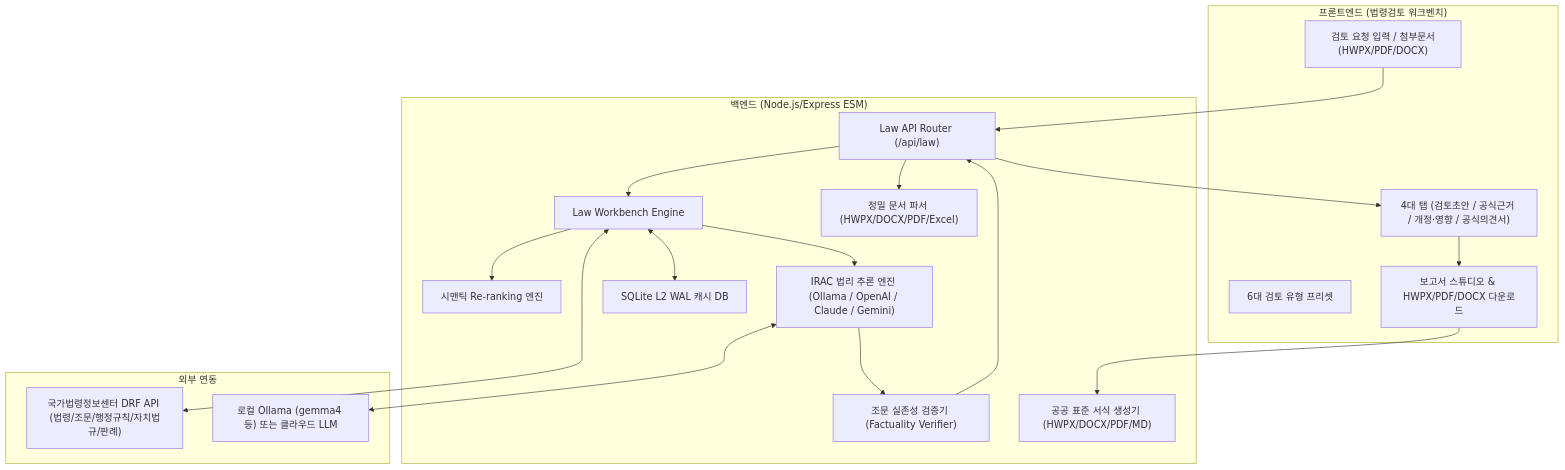
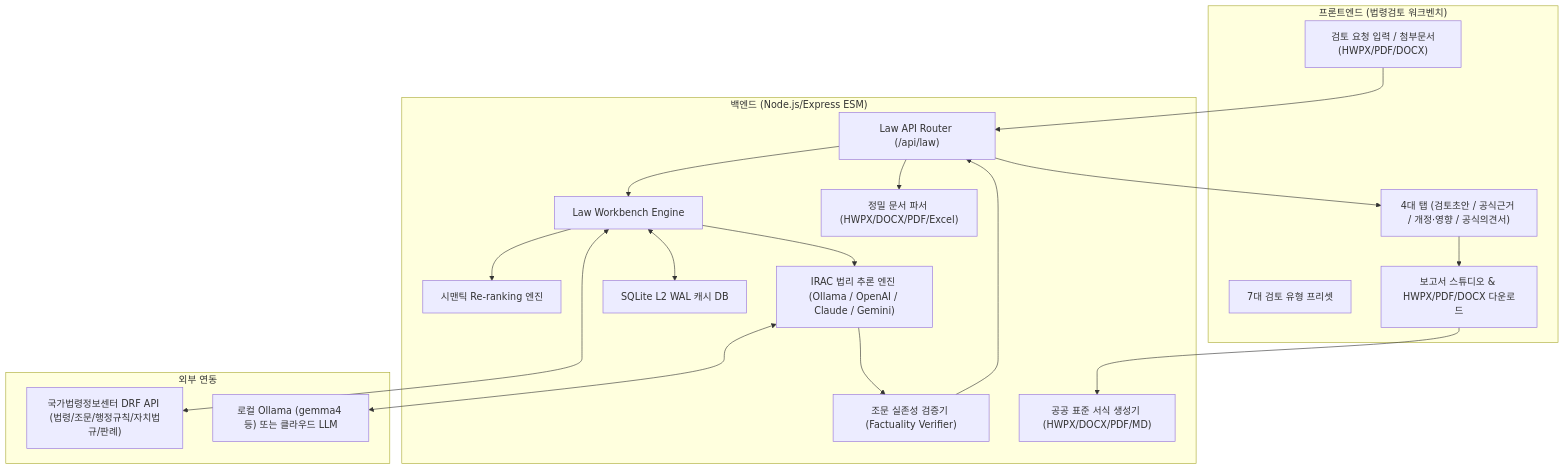
One commit to Ubermensch216/legal_review changed the diagram in README.md. Above: the diagram before and after it, drawn with Mermaid. The commit also changed other lines of this file and 16 other files, not shown here.

````diff
--- a/README.md
+++ b/README.md
@@ -123,39 +124,39 @@
 ```mermaid
 flowchart TB
     subgraph Client["프론트엔드 (법령검토 워크벤치)"]
         UI_Input["검토 요청 입력 / 첨부문서(HWPX/PDF/DOCX)"]
-        UI_Presets["6대 검토 유형 프리셋"]
+        UI_Presets["7대 검토 유형 프리셋"]
         UI_Tabs["4대 탭 (검토초안 / 공식근거 / 개정·영향 / 공식의견서)"]
         UI_Studio["보고서 스튜디오 & HWPX/PDF/DOCX 다운로드"]
     end
 
     subgraph Server["백엔드 (Node.js/Express ESM)"]
         API_Router["Law API Router (/api/law)"]
         WB_Builder["Law Workbench Engine"]
         ReRanker["시맨틱 Re-ranking 엔진"]
         Verifier["조문 실존성 검증기 (Factuality Verifier)"]
         LLM_Engine["IRAC 법리 추론 엔진 (Ollama / OpenAI / Claude / Gemini)"]
         Doc_Parser["정밀 문서 파서 (HWPX/DOCX/PDF/Excel)"]
         Export_Engine["공공 표준 서식 생성기 (HWPX/DOCX/PDF/MD)"]
         Cache_DB["SQLite L2 WAL 캐시 DB"]
     end
 
     subgraph External["외부 연동"]
         Law_DRF["국가법령정보센터 DRF API (법령/조문/행정규칙/자치법규/판례)"]
         LLM_Service["로컬 Ollama (gemma4 등) 또는 클라우드 LLM"]
     end
 
     UI_Input --> API_Router
     API_Router --> Doc_Parser
     API_Router --> WB_Builder
     WB_Builder <--> Cache_DB
     WB_Builder <--> Law_DRF
     WB_Builder --> ReRanker
     WB_Builder --> LLM_Engine
     LLM_Engine <--> LLM_Service
     LLM_Engine --> Verifier
     Verifier --> API_Router
     API_Router --> UI_Tabs
     UI_Tabs --> UI_Studio
     UI_Studio --> Export_Engine
 ```
````
